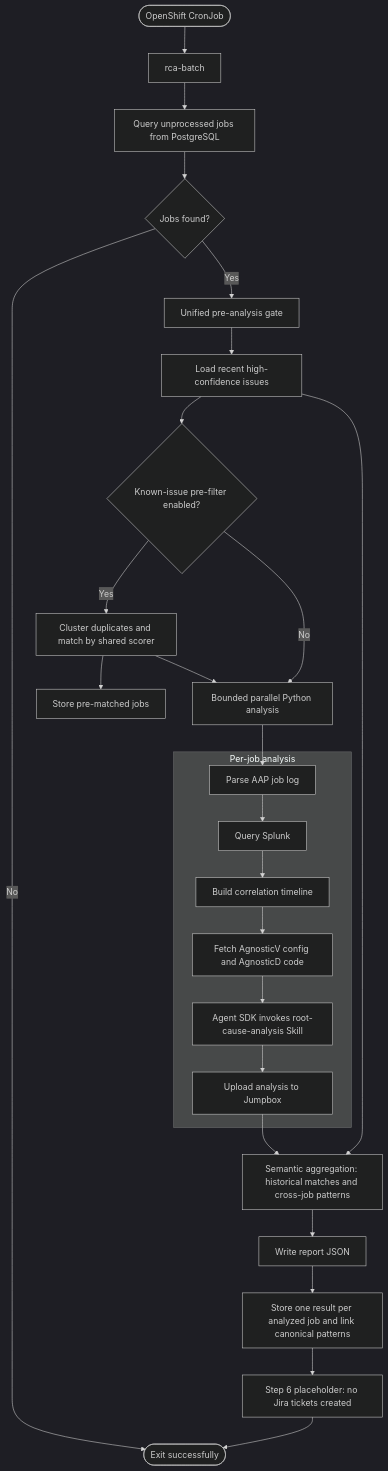
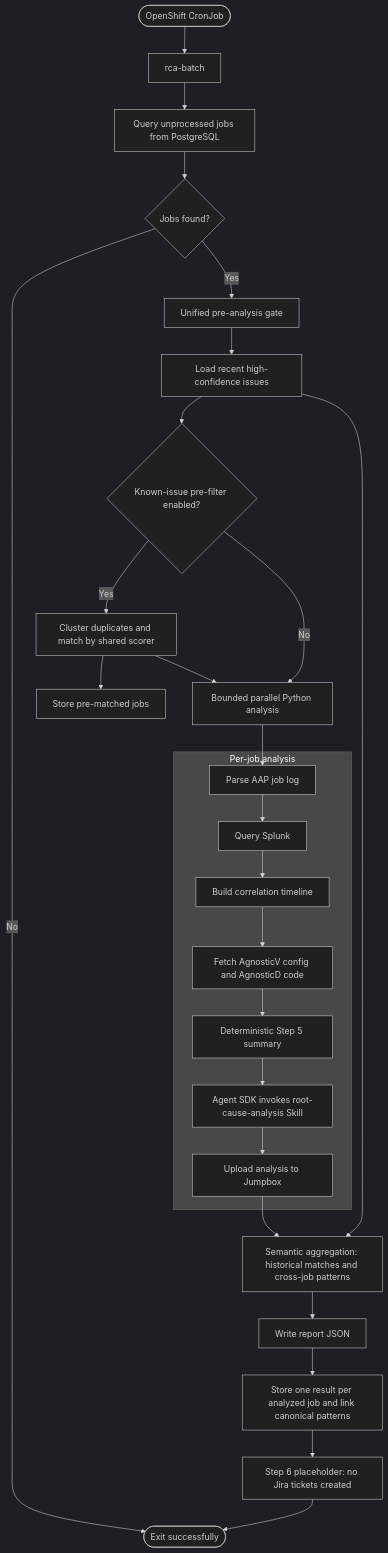
Before and after one commit to Shreyanand/aap2-rca-agent: the diagram in README.md, drawn with Mermaid (dark theme). The commit also changed other lines of this file and 6 other files, not shown here.

````diff
--- a/README.md
+++ b/README.md
@@ -10,30 +10,31 @@
 ```mermaid
 flowchart TD
     Start([OpenShift CronJob]) --> Runner[rca-batch]
     Runner --> Query[Query unprocessed jobs from PostgreSQL]
     Query --> AnyJobs{Jobs found?}
     AnyJobs -- No --> Done([Exit successfully])
     AnyJobs -- Yes --> Gate[Unified pre-analysis gate]
     Gate --> Known[Load recent high-confidence issues]
     Known --> Filter{Known-issue pre-filter enabled?}
     Filter -- Yes --> Prefilter[Cluster duplicates and match by shared scorer]
     Filter -- No --> Analysis
     Prefilter --> Matched[Store pre-matched jobs]
     Prefilter --> Analysis[Bounded parallel Python analysis]
     subgraph PerJob[Per-job analysis]
       Parse[Parse AAP job log]
       Splunk[Query Splunk]
       Correlation[Build correlation timeline]
       GitHub[Fetch AgnosticV config and AgnosticD code]
-      Synthesis[Agent SDK invokes root-cause-analysis Skill]
+      Summary[Deterministic Step 5 summary]
+      Review[Agent SDK invokes root-cause-analysis Skill]
       Upload[Upload analysis to Jumpbox]
-      Parse --> Splunk --> Correlation --> GitHub --> Synthesis --> Upload
+      Parse --> Splunk --> Correlation --> GitHub --> Summary --> Review --> Upload
     end
     Analysis --> Parse
     Upload --> Aggregate[Semantic aggregation: historical matches and cross-job patterns]
     Known --> Aggregate
     Aggregate --> Write[Write report JSON]
     Write --> Store[Store one result per analyzed job and link canonical patterns]
     Store --> Jira[Step 6 placeholder: no Jira tickets created]
     Jira --> Done
 ```
````
